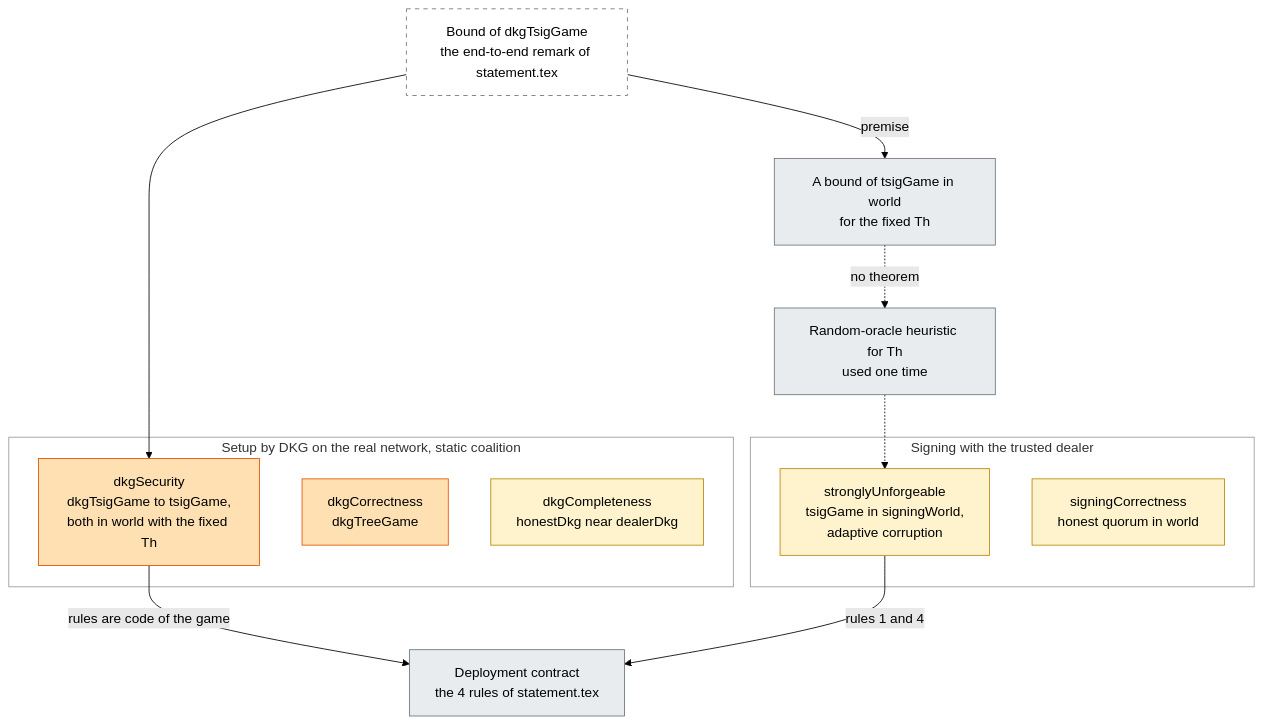
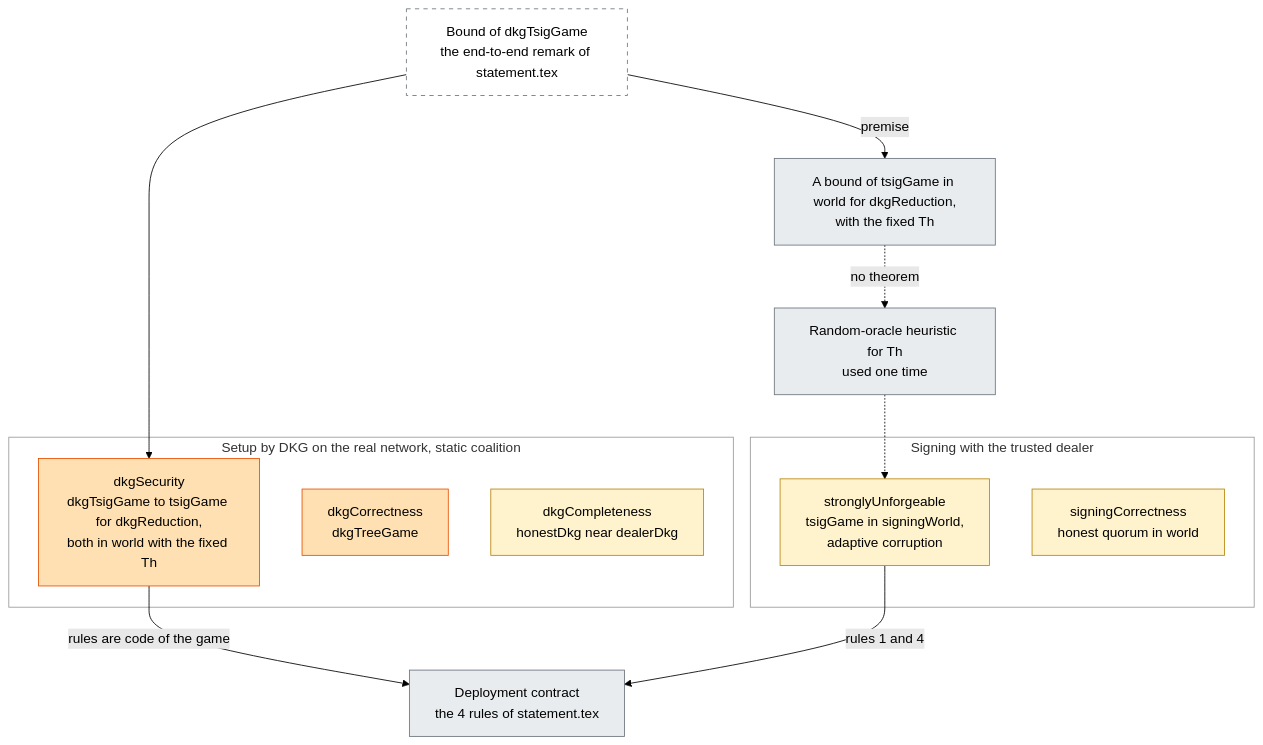
The diagram in formal/README.md (han0110/threshold-lean-xmss), drawn with Mermaid (forest theme) before and after one commit. The commit also changed other lines of this file and 8 other files, not shown here.

````diff
--- a/formal/README.md
+++ b/formal/README.md
@@ -25,33 +25,33 @@
 ```mermaid
 flowchart TB
   classDef derived fill:#fff3cd,stroke:#b8860b,color:#000
   classDef target fill:#ffe0b2,stroke:#e65100,color:#000
   classDef assumed fill:#e9ecef,stroke:#6c757d,color:#000
   classDef remark fill:#ffffff,stroke:#6c757d,stroke-dasharray:5 5,color:#000
 
   subgraph SIG["Signing with the trusted dealer"]
     SUF["stronglyUnforgeable<br/>tsigGame in signingWorld,<br/>adaptive corruption"]:::derived
     SCOR["signingCorrectness<br/>honest quorum in world"]:::derived
   end
 
   subgraph DKG["Setup by DKG on the real network, static coalition"]
-    DSEC["dkgSecurity<br/>dkgTsigGame to tsigGame,<br/>both in world with the fixed Th"]:::target
+    DSEC["dkgSecurity<br/>dkgTsigGame to tsigGame for dkgReduction,<br/>both in world with the fixed Th"]:::target
     DCOR["dkgCorrectness<br/>dkgTreeGame"]:::target
     DCOMP["dkgCompleteness<br/>honestDkg near dealerDkg"]:::derived
   end
 
   E2E["Bound of dkgTsigGame<br/>the end-to-end remark of statement.tex"]:::remark
-  DELTA["A bound of tsigGame in world<br/>for the fixed Th"]:::assumed
+  DELTA["A bound of tsigGame in world for dkgReduction,<br/>with the fixed Th"]:::assumed
   HEUR["Random-oracle heuristic for Th<br/>used one time"]:::assumed
   RULES["Deployment contract<br/>the 4 rules of statement.tex"]:::assumed
 
   style SIG fill:none,stroke:#999999
   style DKG fill:none,stroke:#999999
 
   E2E --> DSEC
   E2E -->|premise| DELTA
   DELTA -.->|no theorem| HEUR
   HEUR -.-> SUF
   DSEC -->|rules are code of the game| RULES
   SUF -->|rules 1 and 4| RULES
 ```
````
